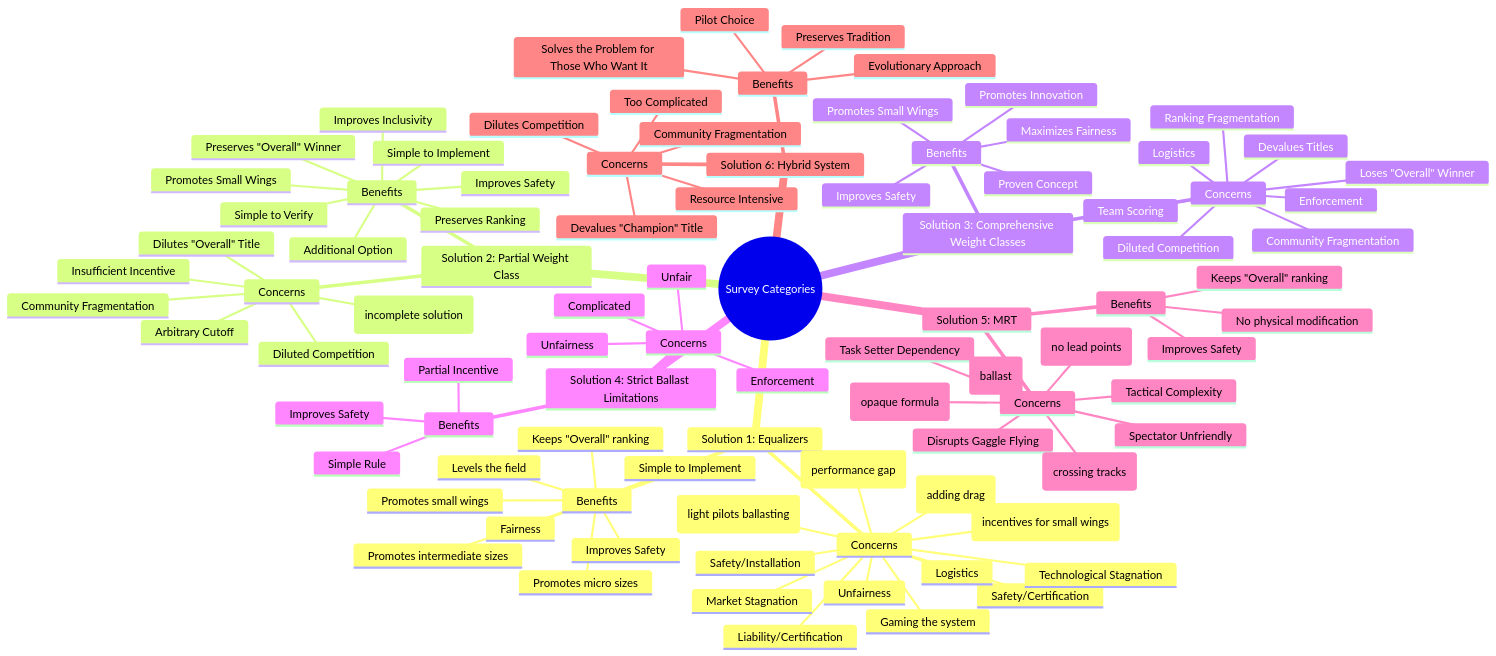
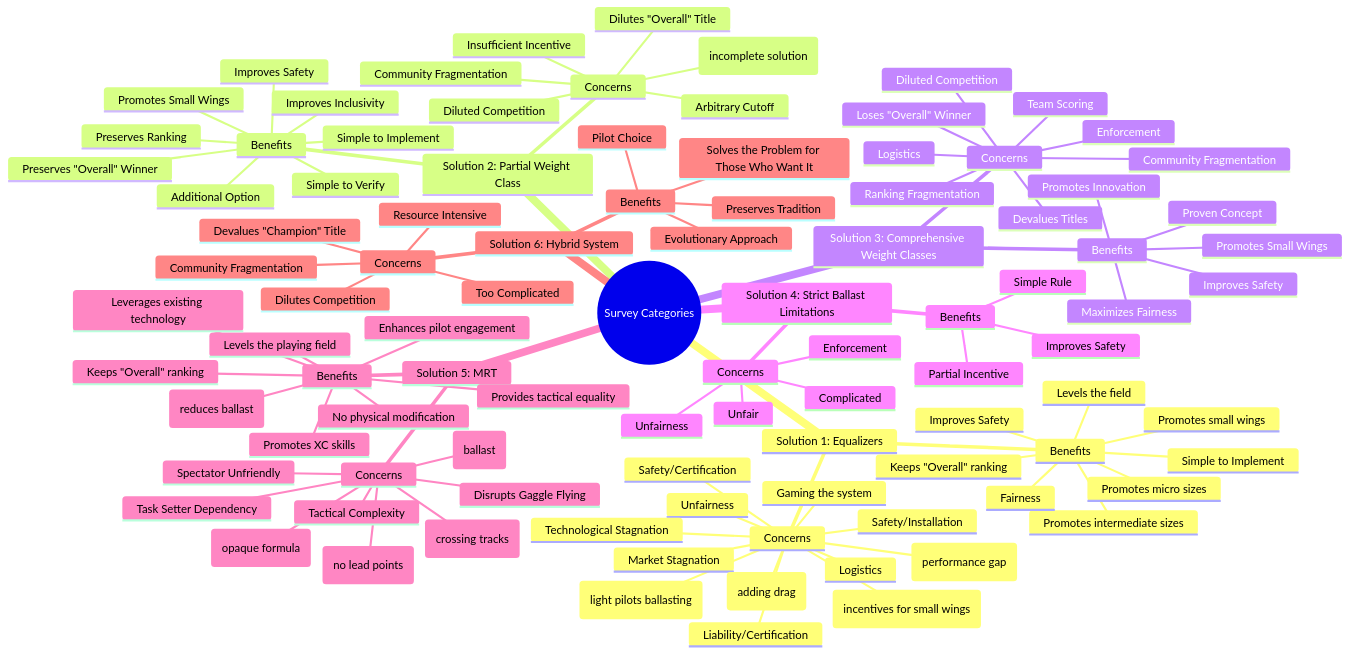
The diagram in ballast-fairness-survey/docs/categories.md (mgajczewski/paragliding-survey), drawn with Mermaid before and after one commit. The commit also changed other lines of this file and 1 other file, not shown here.

```diff
--- a/ballast-fairness-survey/docs/categories.md
+++ b/ballast-fairness-survey/docs/categories.md
@@ -84,9 +84,14 @@
         Ineffective on Safety (ballast)
         Complexity (opaque formula)
       Benefits
-        Improves Safety
+        Improves Safety (reduces ballast)
         Keeps "Overall" ranking
         No physical modification
+        Levels the playing field
+        Provides tactical equality
+        Enhances pilot engagement
+        Promotes XC skills
+        Leverages existing technology
     Solution 6: Hybrid System
       Concerns
         Dilutes Competition
```
